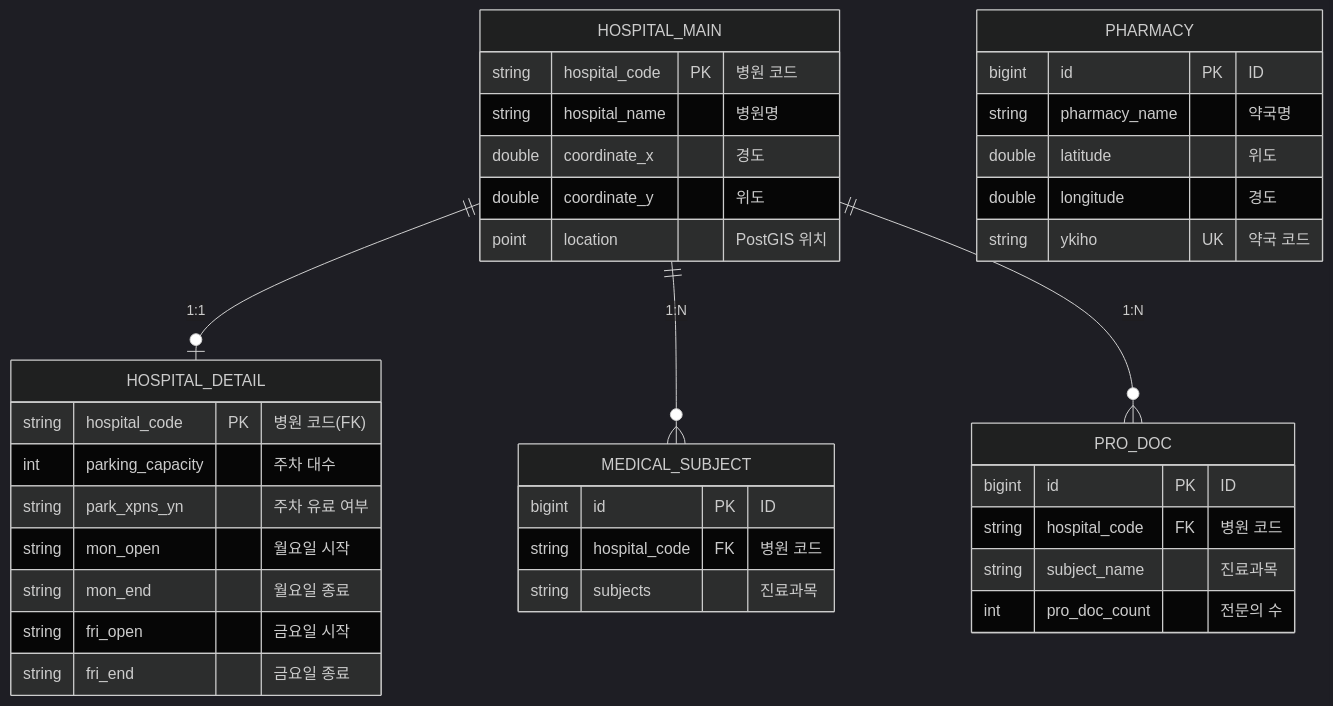
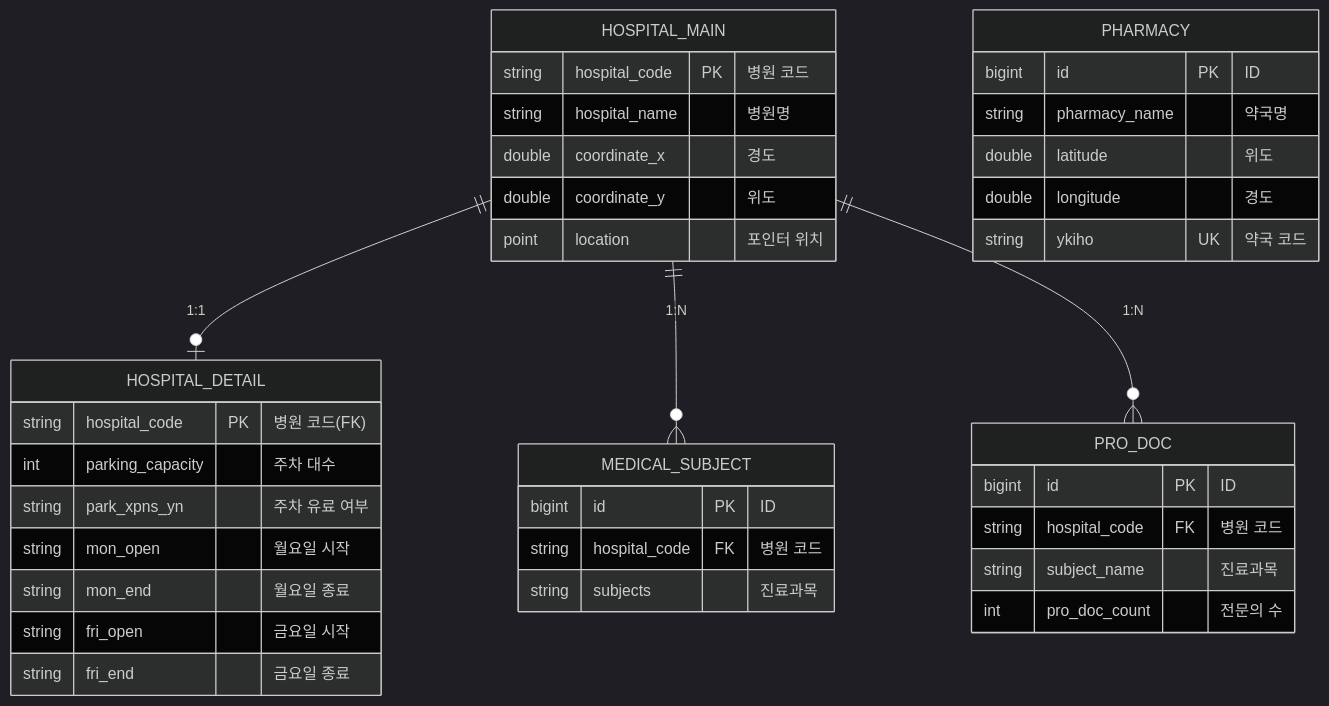
Before and after one commit to medical-info-hub/hospitalInfoProject-backend: the second of 2 diagrams in README.md, drawn with Mermaid. The commit also changed other lines of this file, not shown here.

````diff
--- a/README.md
+++ b/README.md
@@ -386,47 +386,47 @@
 ```mermaid
 %%{init: {'theme':'dark'}}%%
 erDiagram
     HOSPITAL_MAIN ||--o| HOSPITAL_DETAIL : "1:1"
     HOSPITAL_MAIN ||--o{ MEDICAL_SUBJECT : "1:N"
     HOSPITAL_MAIN ||--o{ PRO_DOC : "1:N"
 
     HOSPITAL_MAIN {
         string hospital_code PK "병원 코드"
         string hospital_name "병원명"
         double coordinate_x "경도"
         double coordinate_y "위도"
-        point location "PostGIS 위치"
+        point location "포인터 위치"
     }
 
     HOSPITAL_DETAIL {
         string hospital_code PK "병원 코드(FK)"
         int parking_capacity "주차 대수"
         string park_xpns_yn "주차 유료 여부"
         string mon_open "월요일 시작"
         string mon_end "월요일 종료"
         string fri_open "금요일 시작"
         string fri_end "금요일 종료"
     }
 
     MEDICAL_SUBJECT {
         bigint id PK "ID"
         string hospital_code FK "병원 코드"
         string subjects "진료과목"
     }
 
     PRO_DOC {
         bigint id PK "ID"
         string hospital_code FK "병원 코드"
         string subject_name "진료과목"
         int pro_doc_count "전문의 수"
     }
 
     PHARMACY {
         bigint id PK "ID"
         string pharmacy_name "약국명"
         double latitude "위도"
         double longitude "경도"
         string ykiho UK "약국 코드"
     }
 
 ```
````
